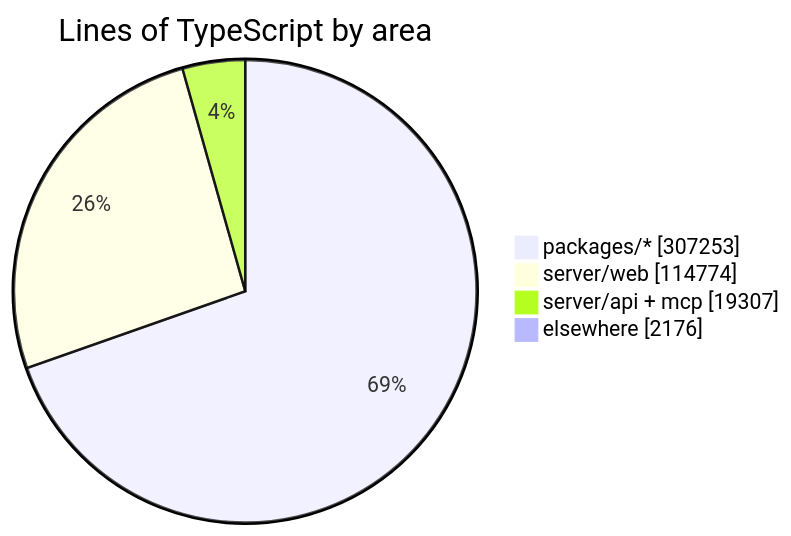
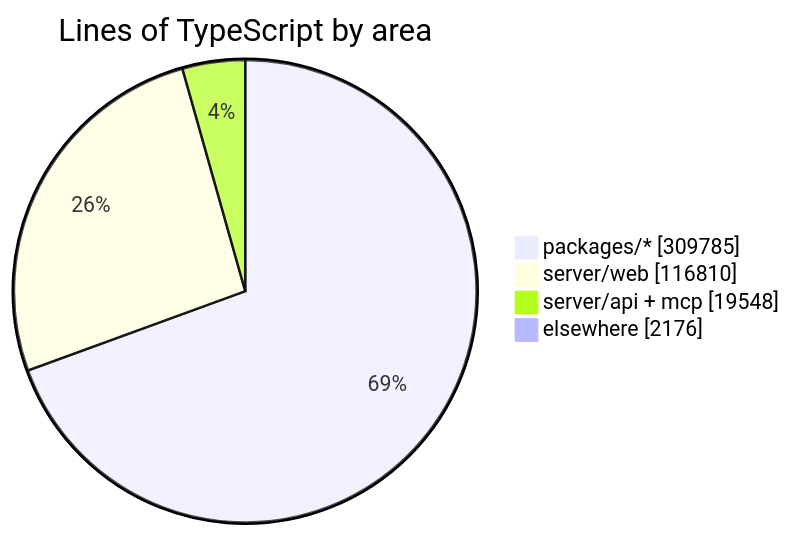
Before and after one commit to crossworks-engineering/mantle: the diagram in README.md, drawn with Mermaid. The commit also changed other lines of this file and 2 other files, not shown here.

````diff
--- a/README.md
+++ b/README.md
@@ -294,7 +294,7 @@
 ```mermaid
 pie showData title Lines of TypeScript by area
-    "packages/*" : 307253
-    "server/web" : 114774
-    "server/api + mcp" : 19307
+    "packages/*" : 309785
+    "server/web" : 116810
+    "server/api + mcp" : 19548
     "elsewhere" : 2176
 ```
````
